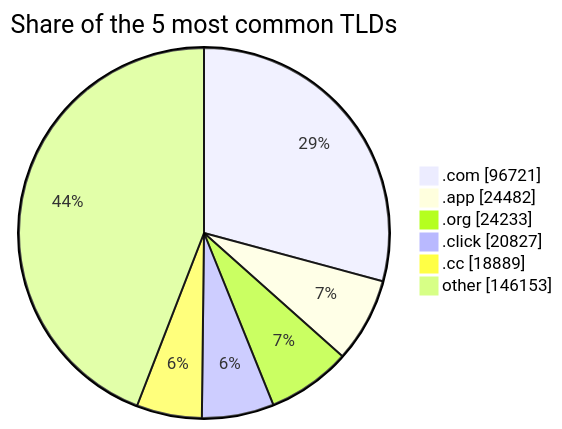
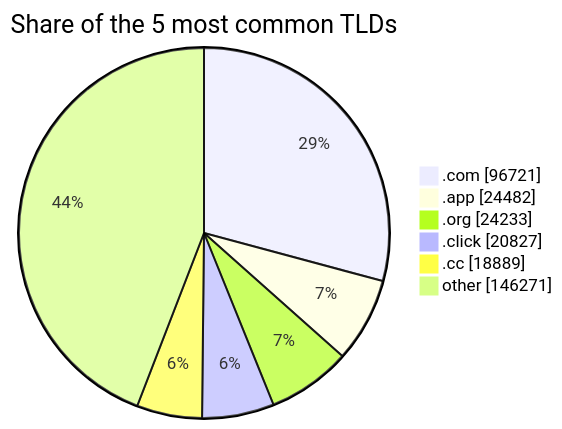
Before and after one commit to DNSBunker/CTI: the third of 3 diagrams in README.md, drawn with Mermaid. The commit also changed other lines of this file and 4 other files, not shown here.

````diff
--- a/README.md
+++ b/README.md
@@ -81,9 +81,9 @@
 ```mermaid
 pie showData title Share of the 5 most common TLDs
     ".com" : 96721
     ".app" : 24482
     ".org" : 24233
     ".click" : 20827
     ".cc" : 18889
-    "other" : 146153
+    "other" : 146271
 ```
````
